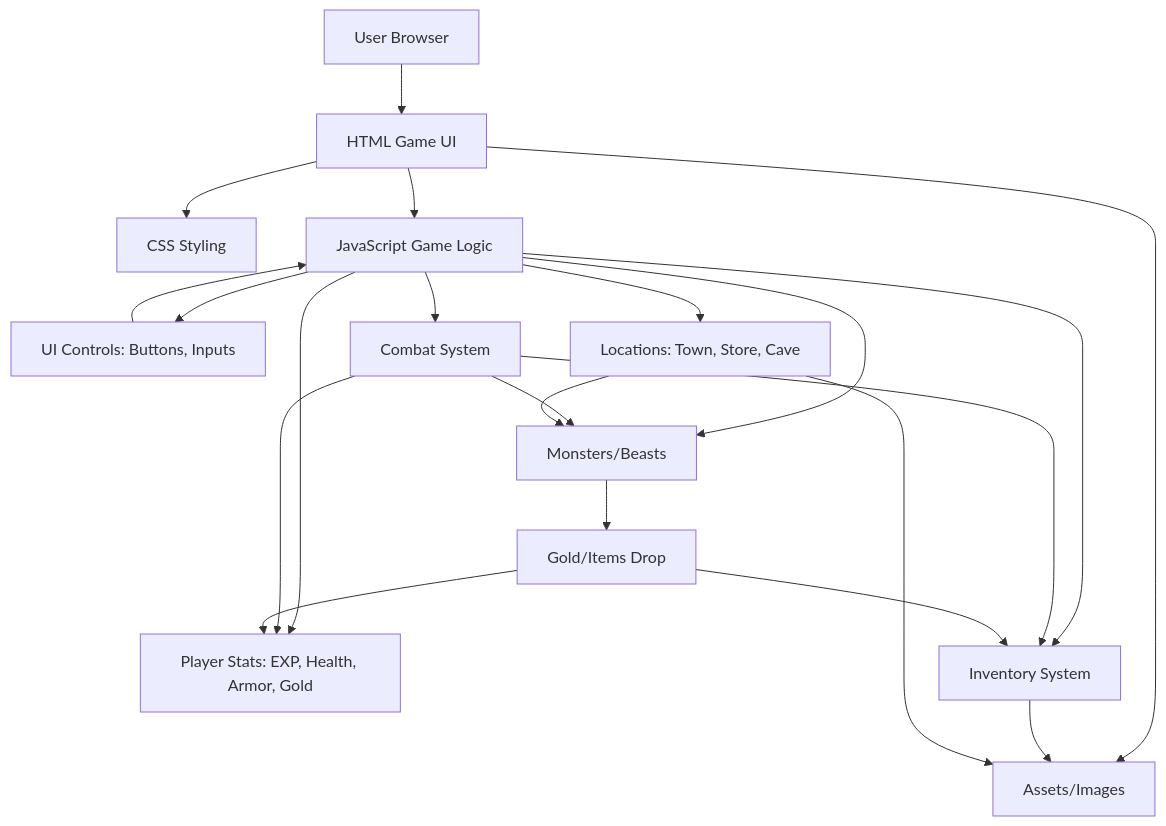
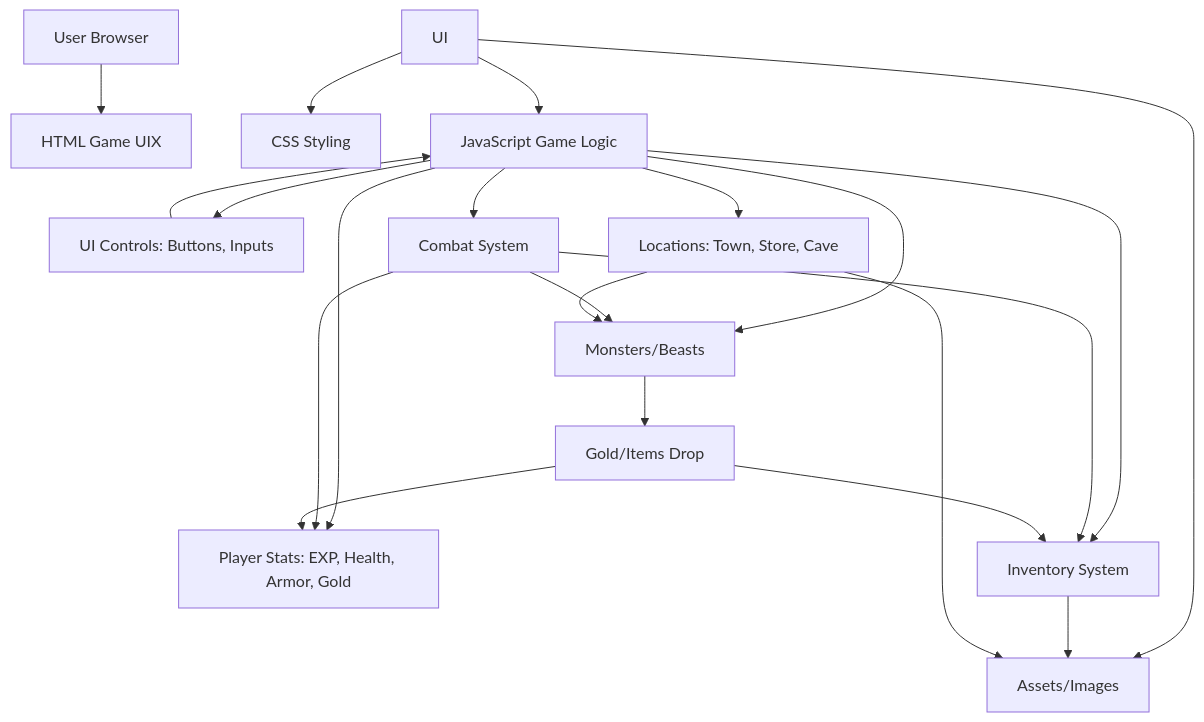
One commit to GitJohnFis/FiReFeast changed the diagram in README.md. Above: the diagram before and after it, drawn with Mermaid.

````diff
--- a/README.md
+++ b/README.md
@@ -66,24 +66,24 @@
 ```mermaid
 flowchart TD
     User[User Browser]
-    User --> UI[HTML Game UI]
+    User --> UIX[HTML Game UIX]
     UI --> CSS[CSS Styling]
     UI --> JS[JavaScript Game Logic]
     UI --> Assets[Assets/Images]
     JS --> Stats[Player Stats: EXP, Health, Armor, Gold]
     JS --> Controls[UI Controls: Buttons, Inputs]
     JS --> Combat[Combat System]
     JS --> Inventory[Inventory System]
     JS --> Locations[Locations: Town, Store, Cave]
     JS --> Monsters[Monsters/Beasts]
     Combat --> Monsters
     Combat --> Stats
     Combat --> Inventory
     Inventory --> Assets
     Locations --> Monsters
     Locations --> Assets
     Monsters --> Loot[Gold/Items Drop]
     Loot --> Inventory
     Loot --> Stats
     Controls --> JS
 ```
````
